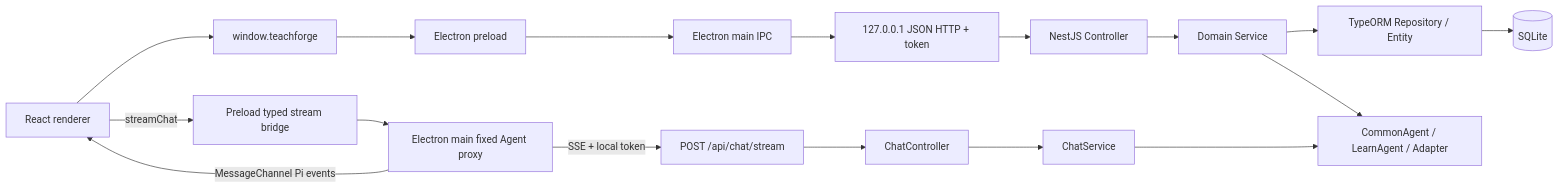
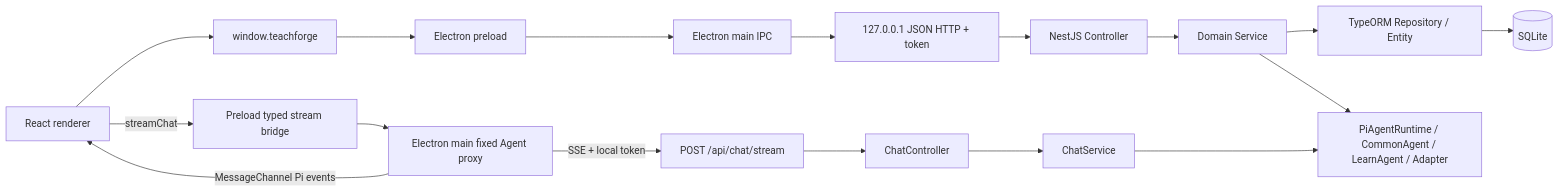
The diagram in docs/current/platform/architecture-and-code-placement.md (yuchentime/tech-forge), drawn with Mermaid before and after one commit. The commit also changed other lines of this file and 15 other files, not shown here.

Commit message:
refactor(backend): move session setup into PiAgentRuntime

````diff
--- a/docs/current/platform/architecture-and-code-placement.md
+++ b/docs/current/platform/architecture-and-code-placement.md
@@ -44,19 +44,19 @@
 ```mermaid
 flowchart LR
   UI[React renderer] --> Bridge[window.teachforge]
   Bridge --> Preload[Electron preload]
   Preload --> IPC[Electron main IPC]
   IPC --> HTTP[127.0.0.1 JSON HTTP + token]
   HTTP --> Nest[NestJS Controller]
   Nest --> Service[Domain Service]
   Service --> ORM[TypeORM Repository / Entity]
   ORM --> DB[(SQLite)]
-  Service --> LLM[CommonAgent / LearnAgent / Adapter]
+  Service --> LLM[PiAgentRuntime / CommonAgent / LearnAgent / Adapter]
   UI -->|streamChat| StreamBridge[Preload typed stream bridge]
   StreamBridge --> MainStream[Electron main fixed Agent proxy]
   MainStream -->|SSE + local token| AgentHTTP[POST /api/chat/stream]
   AgentHTTP --> ChatController[ChatController]
   ChatController --> ChatService[ChatService]
   ChatService --> LLM
   MainStream -->|MessageChannel Pi events| UI
 ```
````
